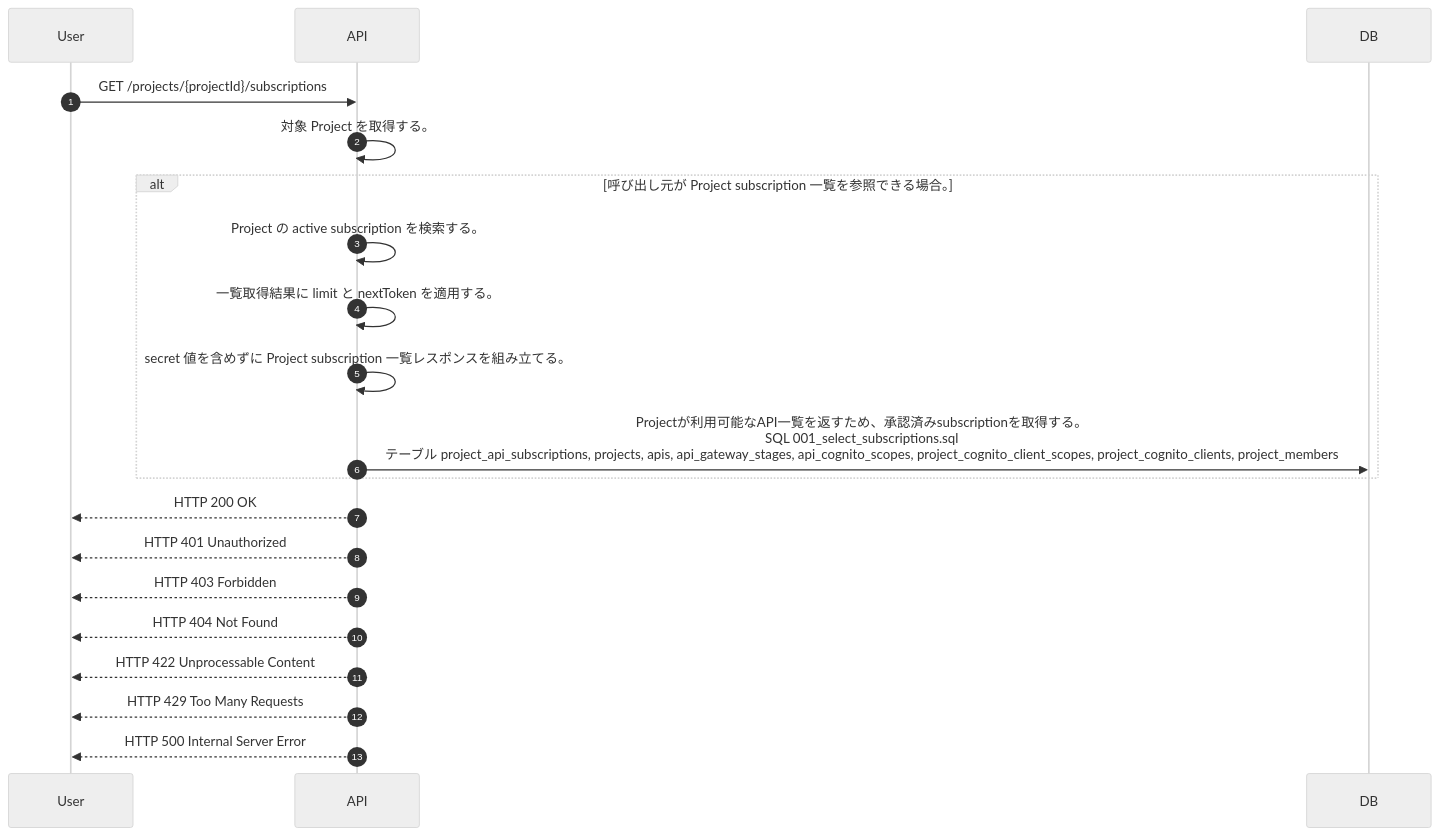
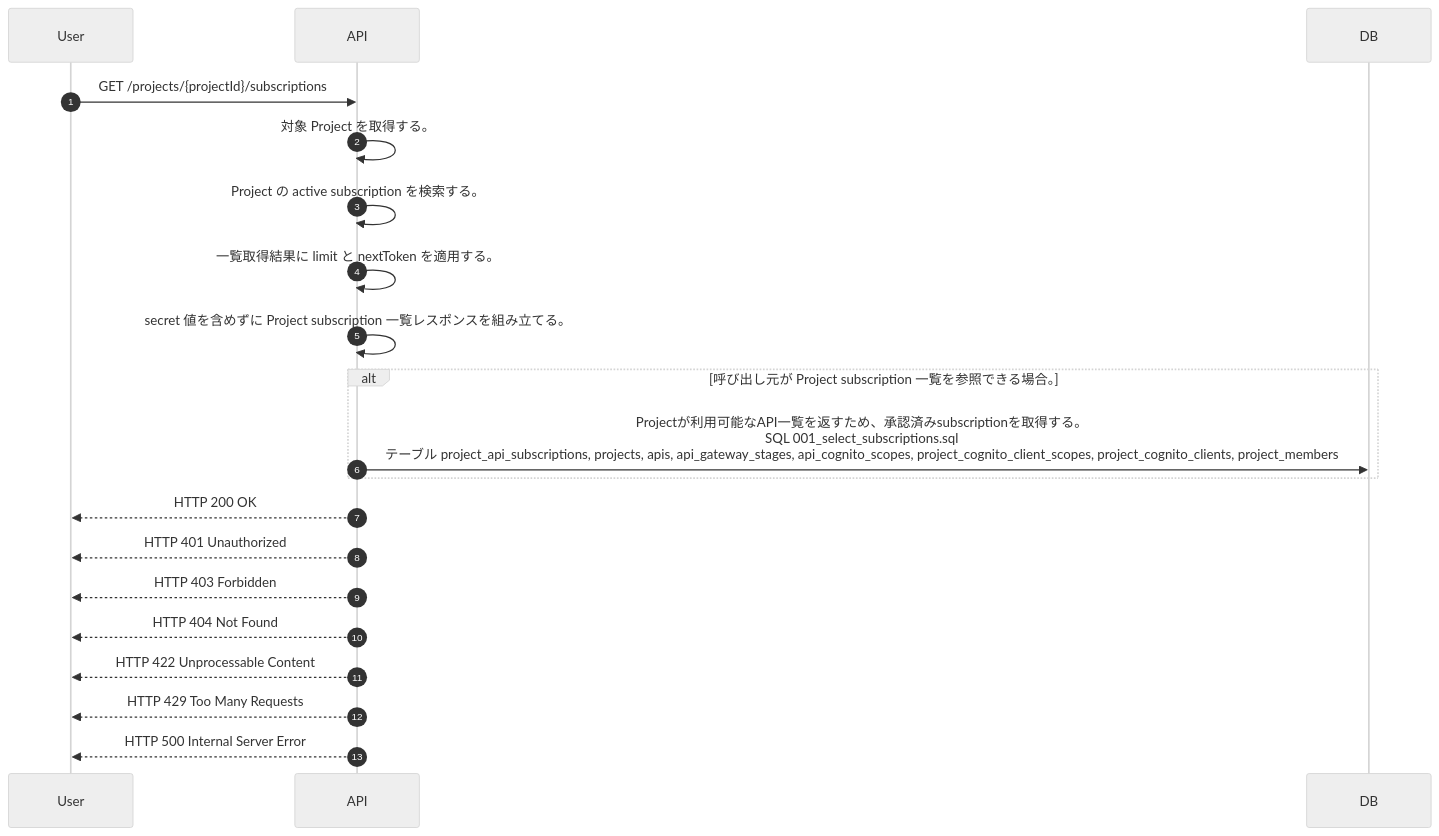
The diagram in docs/spec/40.apis/projects/list_project_subscriptions/sequence_gen.md (tsuji-tomonori/lazunex), drawn with Mermaid (neutral theme) before and after one commit. The commit also changed 13 other files, not shown here.

````diff
--- a/docs/spec/40.apis/projects/list_project_subscriptions/sequence_gen.md
+++ b/docs/spec/40.apis/projects/list_project_subscriptions/sequence_gen.md
@@ -5,22 +5,22 @@
 ```mermaid
 sequenceDiagram
   autonumber
   participant User as User
   participant API as API
   participant DB as DB
   User->>API: GET /projects/{projectId}/subscriptions
   API->>API: 対象 Project を取得する。
+  API->>API: Project の active subscription を検索する。
+  API->>API: 一覧取得結果に limit と nextToken を適用する。
+  API->>API: secret 値を含めずに Project subscription 一覧レスポンスを組み立てる。
   alt 呼び出し元が Project subscription 一覧を参照できる場合。
-    API->>API: Project の active subscription を検索する。
-    API->>API: 一覧取得結果に limit と nextToken を適用する。
-    API->>API: secret 値を含めずに Project subscription 一覧レスポンスを組み立てる。
     API->>DB: Projectが利用可能なAPI一覧を返すため、承認済みsubscriptionを取得する。<br/>SQL 001_select_subscriptions.sql<br/>テーブル project_api_subscriptions, projects, apis, api_gateway_stages, api_cognito_scopes, project_cognito_client_scopes, project_cognito_clients, project_members
   end
   API-->>User: HTTP 200 OK
   API-->>User: HTTP 401 Unauthorized
   API-->>User: HTTP 403 Forbidden
   API-->>User: HTTP 404 Not Found
   API-->>User: HTTP 422 Unprocessable Content
   API-->>User: HTTP 429 Too Many Requests
   API-->>User: HTTP 500 Internal Server Error
 ```
````
